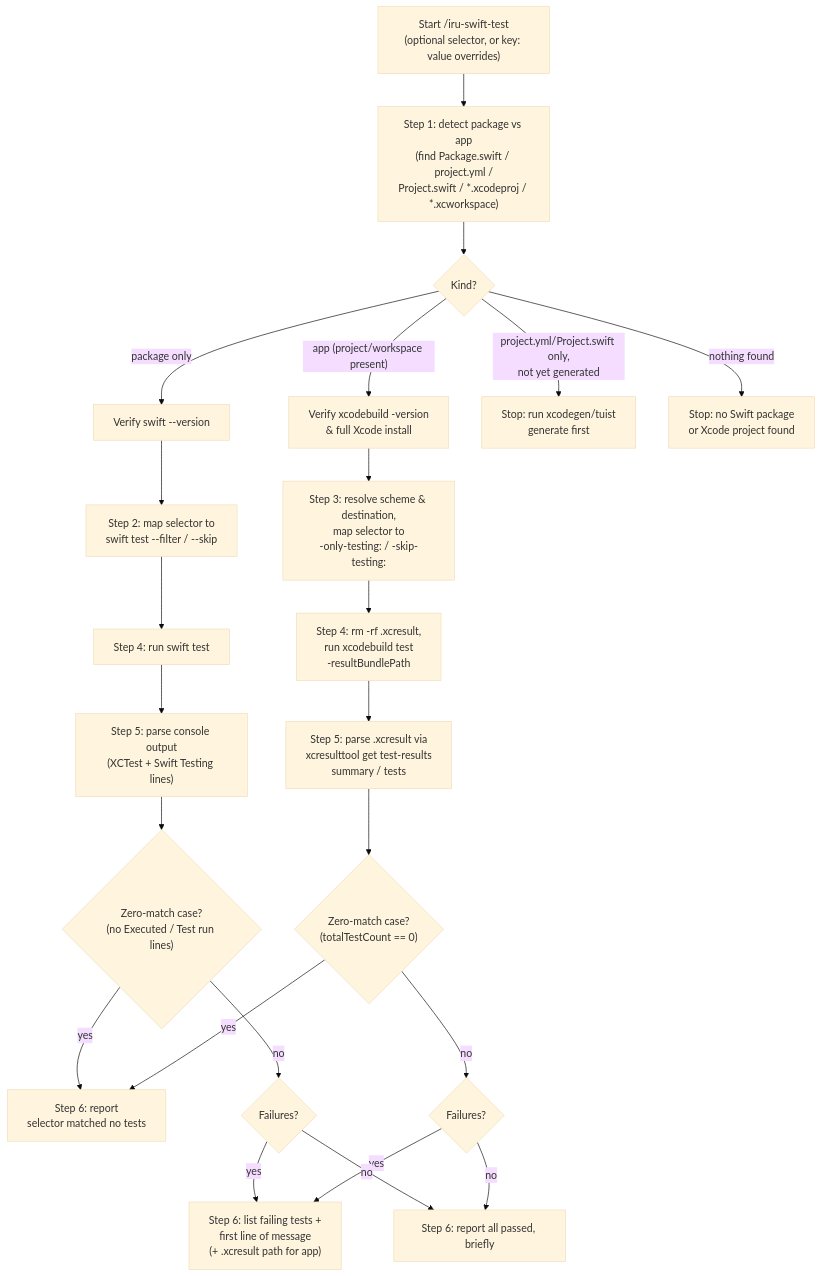
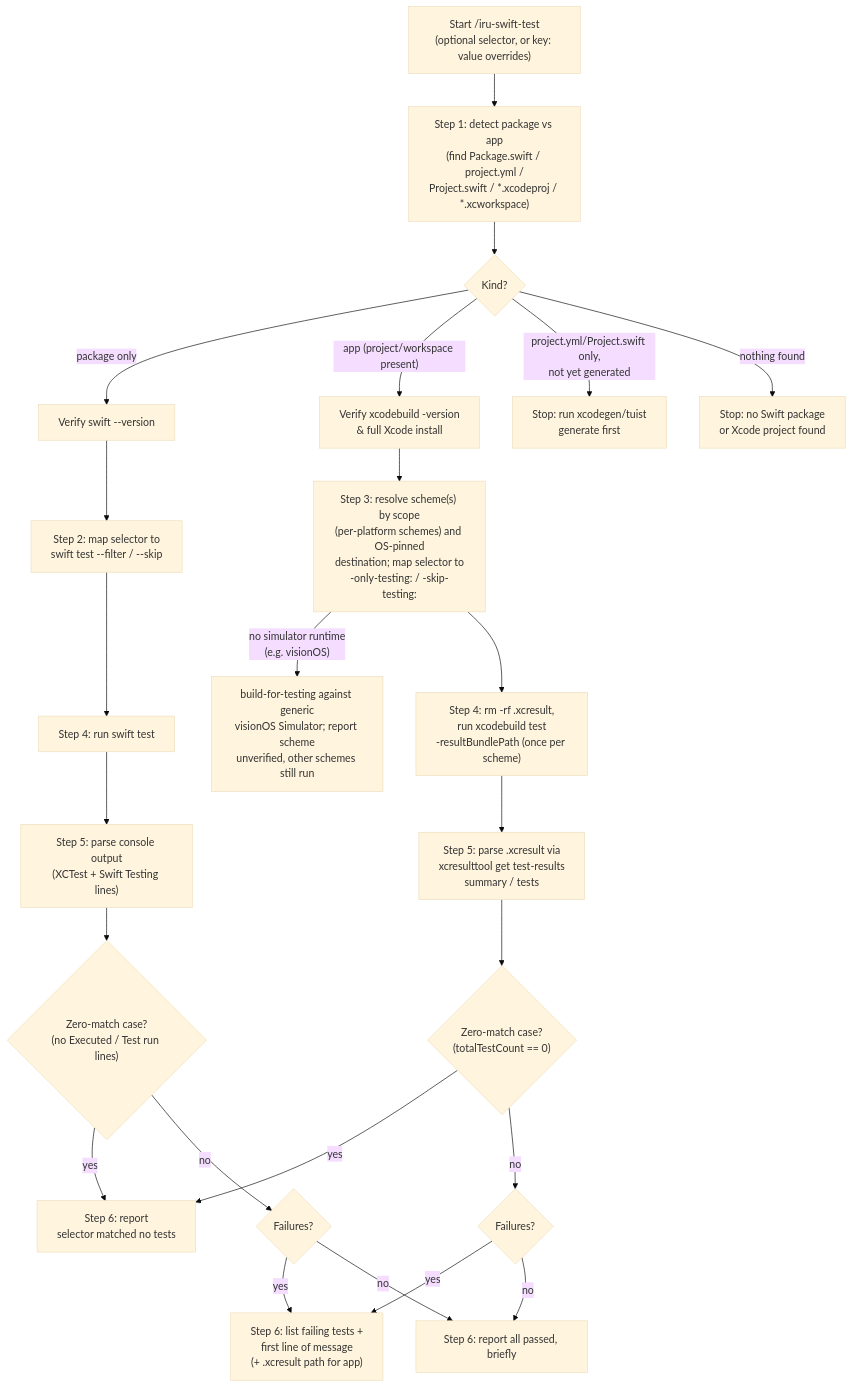
The diagram in docs/modules/ROOT/pages/skills/iru-swift-test.adoc (albertoirurueta/ai-catalog), drawn with Mermaid (base theme) before and after one commit. The commit also changed other lines of this file and 111 other files, not shown here.

```diff
--- a/docs/modules/ROOT/pages/skills/iru-swift-test.adoc
+++ b/docs/modules/ROOT/pages/skills/iru-swift-test.adoc
@@ -152,26 +172,27 @@
 [mermaid]
 ....
 flowchart TD
     A["Start /iru-swift-test\n(optional selector, or key: value overrides)"] --> B["Step 1: detect package vs app\n(find Package.swift / project.yml /\nProject.swift / *.xcodeproj / *.xcworkspace)"]
     B --> C{"Kind?"}
     C -- "package only" --> D["Verify swift --version"]
     C -- "app (project/workspace present)" --> E["Verify xcodebuild -version\n&amp; full Xcode install"]
     C -- "project.yml/Project.swift only,\nnot yet generated" --> F["Stop: run xcodegen/tuist\ngenerate first"]
     C -- "nothing found" --> G["Stop: no Swift package\nor Xcode project found"]
     D --> H["Step 2: map selector to\nswift test --filter / --skip"]
-    E --> I["Step 3: resolve scheme &amp; destination,\nmap selector to\n-only-testing: / -skip-testing:"]
+    E --> I["Step 3: resolve scheme(s) by scope\n(per-platform schemes) and OS-pinned\ndestination; map selector to\n-only-testing: / -skip-testing:"]
+    I -- "no simulator runtime\n(e.g. visionOS)" --> I2["build-for-testing against generic\nvisionOS Simulator; report scheme\nunverified, other schemes still run"]
     H --> J["Step 4: run swift test"]
-    I --> K["Step 4: rm -rf .xcresult,\nrun xcodebuild test\n-resultBundlePath"]
+    I --> K["Step 4: rm -rf .xcresult,\nrun xcodebuild test\n-resultBundlePath (once per scheme)"]
     J --> L["Step 5: parse console output\n(XCTest + Swift Testing lines)"]
     K --> M["Step 5: parse .xcresult via\nxcresulttool get test-results\nsummary / tests"]
     L --> N{"Zero-match case?\n(no Executed / Test run lines)"}
     M --> O{"Zero-match case?\n(totalTestCount == 0)"}
     N -- yes --> P["Step 6: report\nselector matched no tests"]
     O -- yes --> P
     N -- no --> Q{"Failures?"}
     O -- no --> R{"Failures?"}
     Q -- yes --> S["Step 6: list failing tests +\nfirst line of message\n(+ .xcresult path for app)"]
     R -- yes --> S
     Q -- no --> T["Step 6: report all passed, briefly"]
     R -- no --> T
 ....
```
